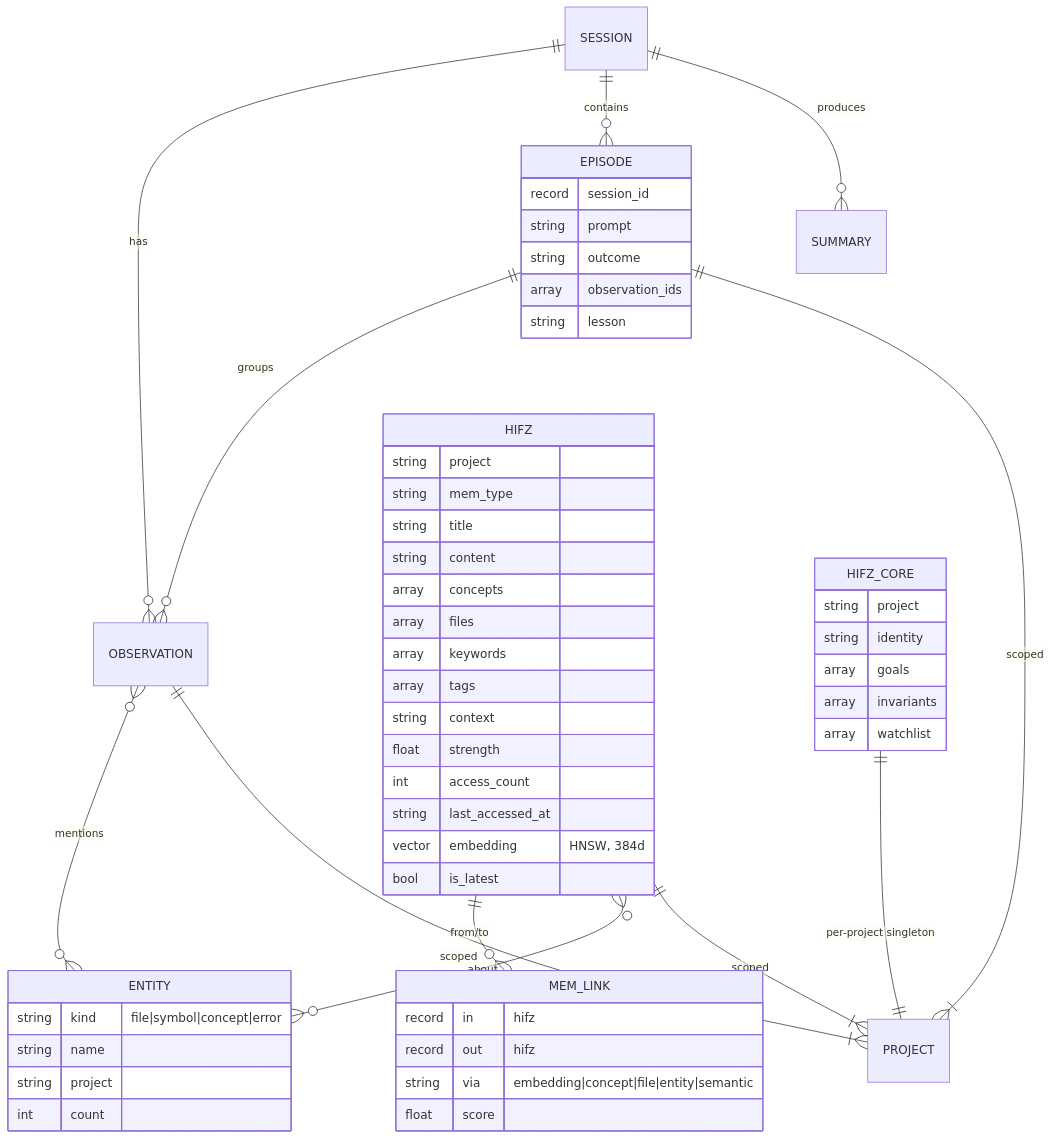
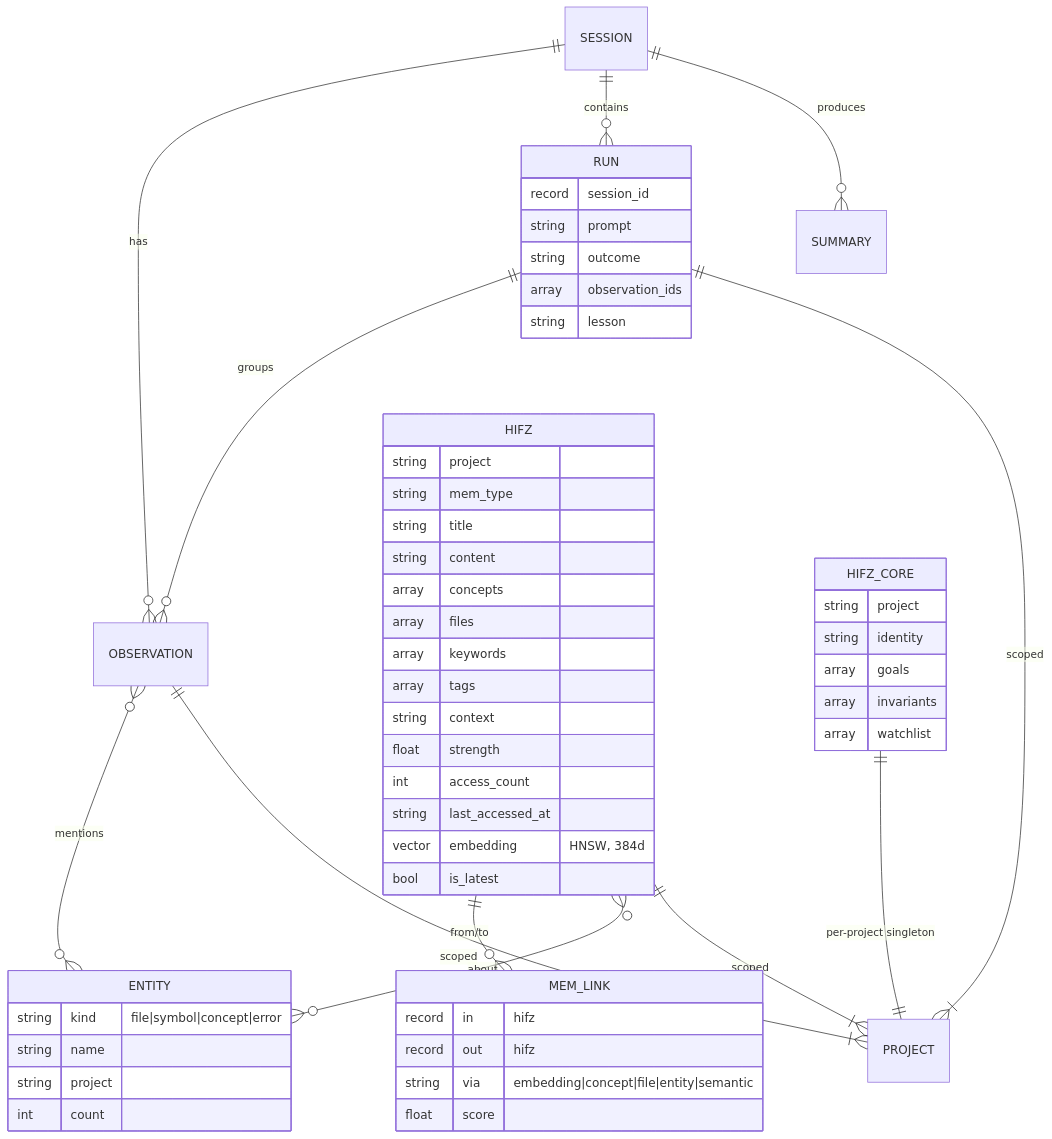
Before and after one commit to arriqaaq/hifz: the first of 5 diagrams in docs/architecture/memory.md, drawn with Mermaid. The commit also changed other lines of this file and 60 other files, not shown here.

````diff
--- a/docs/architecture/memory.md
+++ b/docs/architecture/memory.md
@@ -32,57 +32,57 @@
 ```mermaid
 erDiagram
     SESSION ||--o{ OBSERVATION : has
-    SESSION ||--o{ EPISODE : contains
+    SESSION ||--o{ RUN : contains
     SESSION ||--o{ SUMMARY : produces
-    EPISODE ||--o{ OBSERVATION : groups
+    RUN ||--o{ OBSERVATION : groups
     HIFZ ||--o{ MEM_LINK : "from/to"
     HIFZ }o--o{ ENTITY : about
     OBSERVATION }o--o{ ENTITY : mentions
     HIFZ_CORE ||--|| PROJECT : "per-project singleton"
     HIFZ ||--|{ PROJECT : scoped
     OBSERVATION ||--|{ PROJECT : scoped
-    EPISODE ||--|{ PROJECT : scoped
+    RUN ||--|{ PROJECT : scoped
 
     HIFZ {
         string project
         string mem_type
         string title
         string content
         array concepts
         array files
         array keywords
         array tags
         string context
         float strength
         int access_count
         string last_accessed_at
         vector embedding "HNSW, 384d"
         bool is_latest
     }
     MEM_LINK {
         record in "hifz"
         record out "hifz"
         string via "embedding|concept|file|entity|semantic"
         float score
     }
     ENTITY {
         string kind "file|symbol|concept|error"
         string name
         string project
         int count
     }
-    EPISODE {
+    RUN {
         record session_id
         string prompt
         string outcome
         array observation_ids
         string lesson
     }
     HIFZ_CORE {
         string project
         string identity
         array goals
         array invariants
         array watchlist
     }
 ```
````
